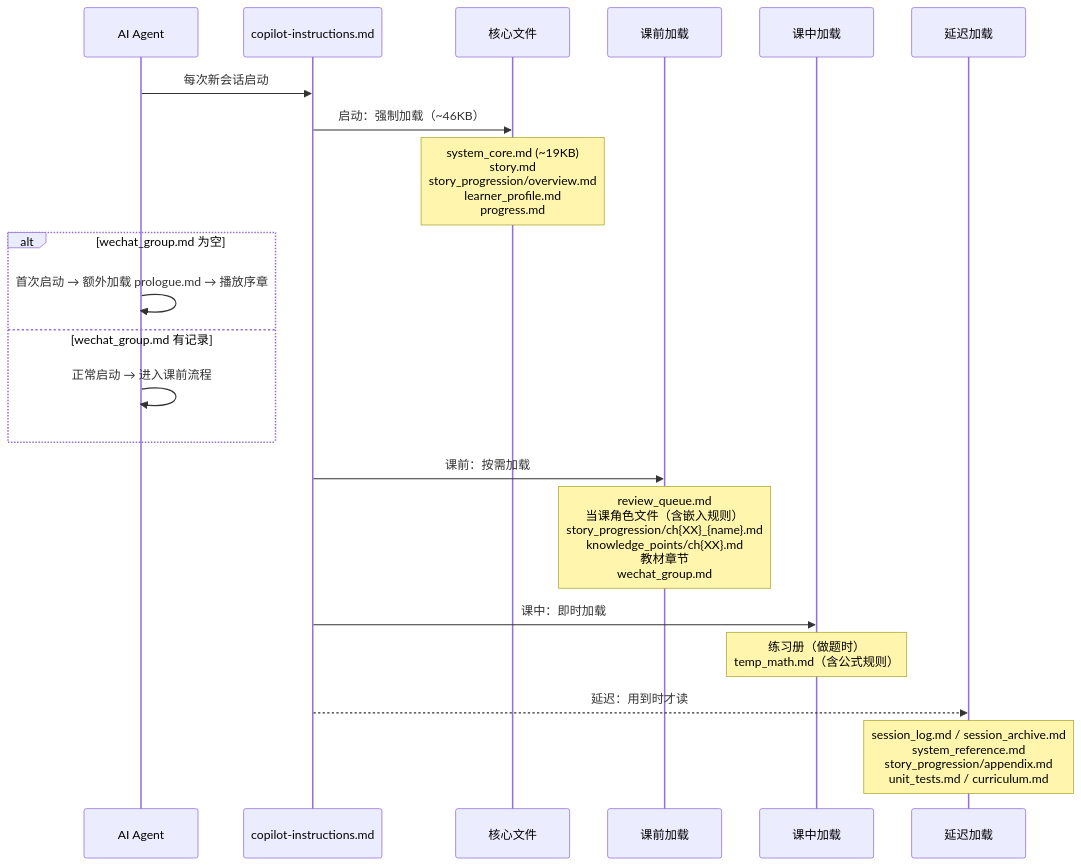
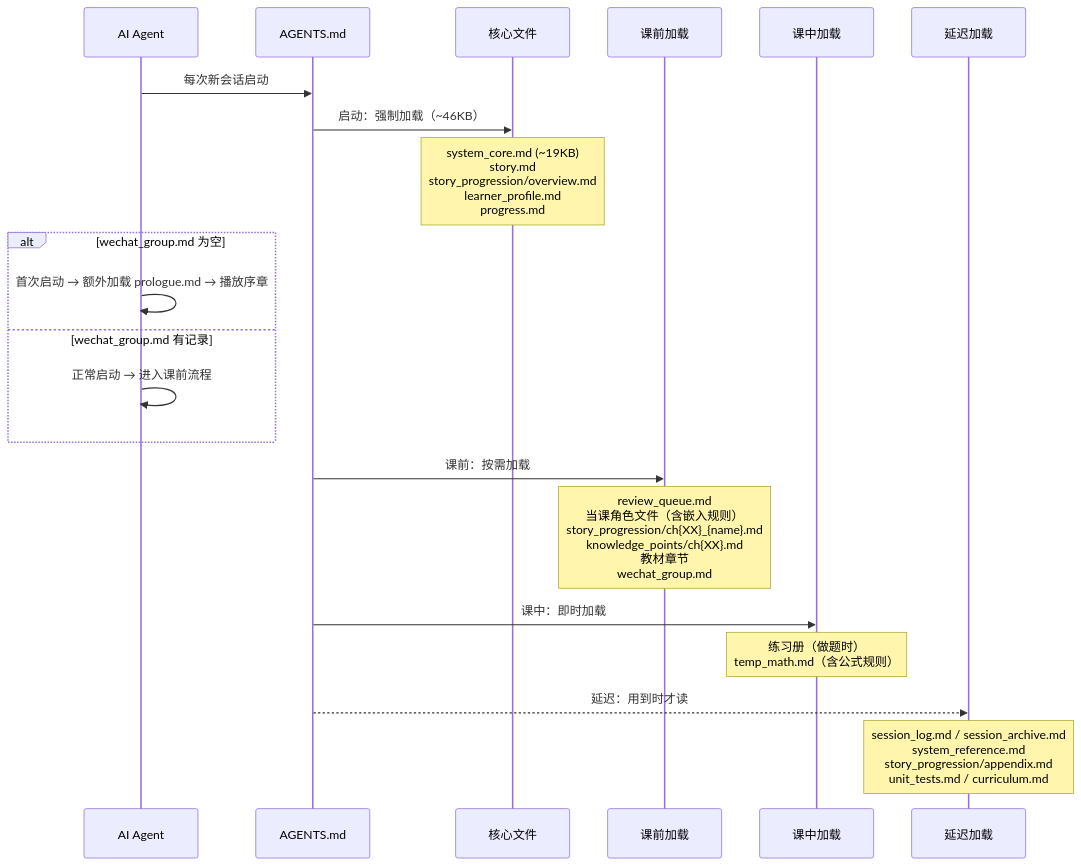
One commit to Jeremy-xuan/SocraticNovel changed the second of 5 diagrams in ARCHITECTURE.md. Above: the diagram before and after it, drawn with Mermaid. The commit also changed other lines of this file and 7 other files, not shown here.

````diff
--- a/ARCHITECTURE.md
+++ b/ARCHITECTURE.md
@@ -158,28 +158,28 @@
 ```mermaid
 sequenceDiagram
   participant AI as AI Agent
-  participant Boot as copilot-instructions.md
+  participant Boot as AGENTS.md
   participant Core as 核心文件
   participant PreClass as 课前加载
   participant InClass as 课中加载
   participant Lazy as 延迟加载
 
   AI->>Boot: 每次新会话启动
   Boot->>Core: 启动：强制加载（~46KB）
   Note over Core: system_core.md (~19KB)<br/>story.md<br/>story_progression/overview.md<br/>learner_profile.md<br/>progress.md
 
   alt wechat_group.md 为空
     AI->>AI: 首次启动 → 额外加载 prologue.md → 播放序章
   else wechat_group.md 有记录
     AI->>AI: 正常启动 → 进入课前流程
   end
 
   Boot->>PreClass: 课前：按需加载
   Note over PreClass: review_queue.md<br/>当课角色文件（含嵌入规则）<br/>story_progression/ch{XX}_{name}.md<br/>knowledge_points/ch{XX}.md<br/>教材章节<br/>wechat_group.md
 
   Boot->>InClass: 课中：即时加载
   Note over InClass: 练习册（做题时）<br/>temp_math.md（含公式规则）
 
   Boot-->>Lazy: 延迟：用到时才读
   Note over Lazy: session_log.md / session_archive.md<br/>system_reference.md<br/>story_progression/appendix.md<br/>unit_tests.md / curriculum.md
 ```
````
